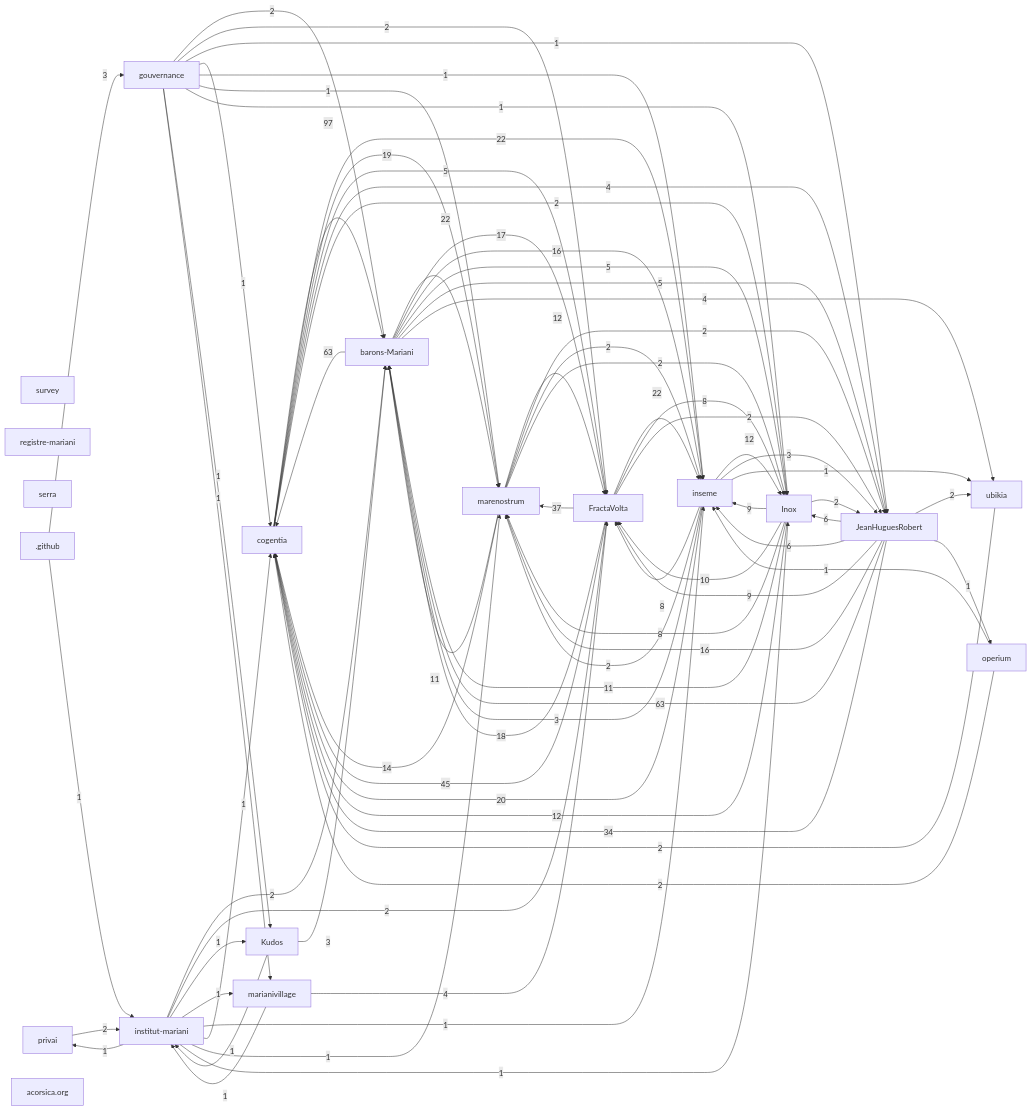
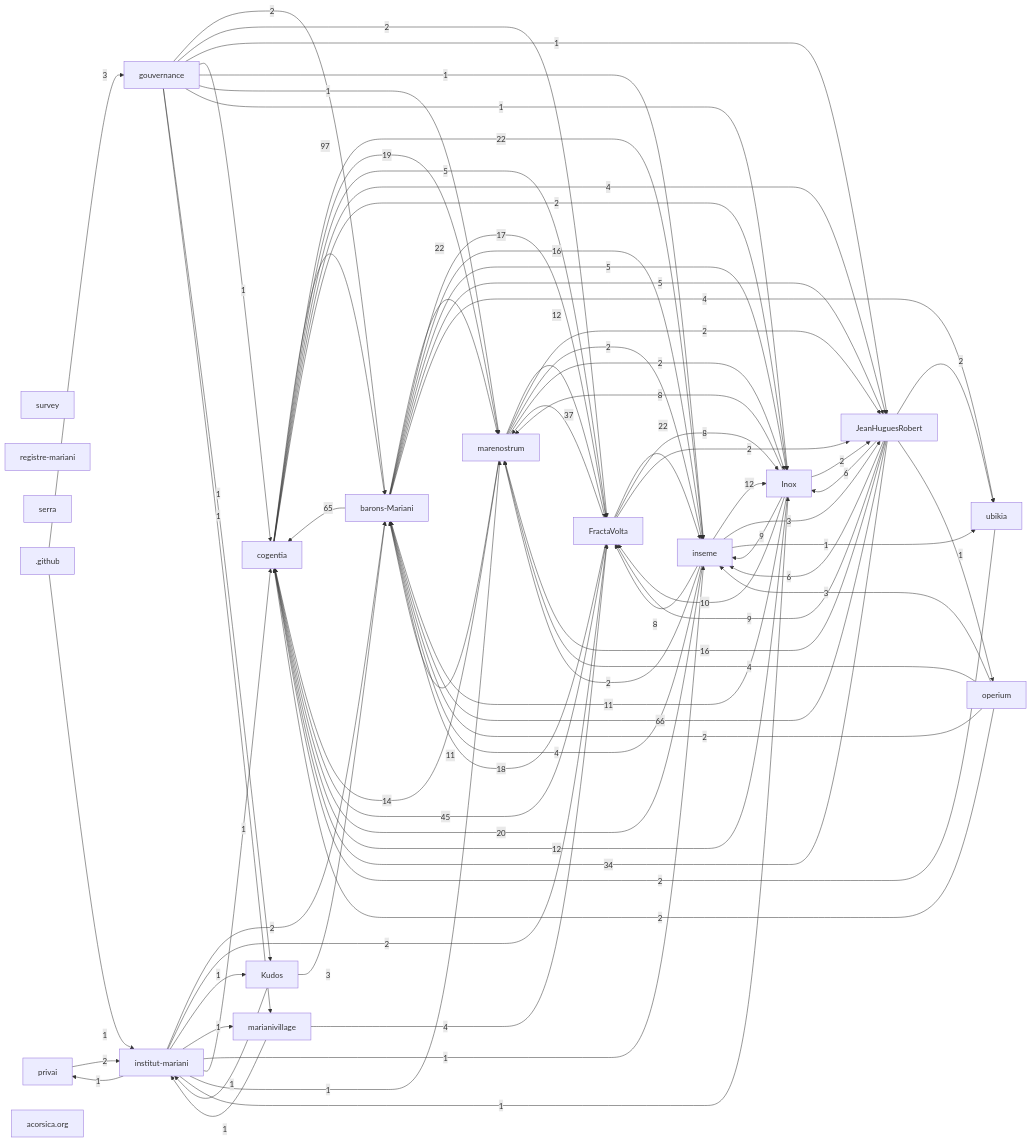
One commit to JeanHuguesRobert/ubikia changed the first of 2 diagrams in research/corpus-status.md. Above: the diagram before and after it, drawn with Mermaid. The commit also changed other lines of this file, not shown here.

````diff
--- a/research/corpus-status.md
+++ b/research/corpus-status.md
@@ -55,8 +55,8 @@
   r_github[".github"]
   r_acorsica_org["acorsica.org"]
   r_cogentia -->|97| r_barons_mariani
-  r_barons_mariani -->|63| r_cogentia
-  r_jeanhuguesrobert -->|63| r_barons_mariani
+  r_jeanhuguesrobert -->|66| r_barons_mariani
+  r_barons_mariani -->|65| r_cogentia
   r_fractavolta -->|45| r_cogentia
   r_fractavolta -->|37| r_marenostrum
   r_jeanhuguesrobert -->|34| r_cogentia
@@ -88,11 +88,13 @@
   r_cogentia -->|5| r_fractavolta
   r_barons_mariani -->|4| r_ubikia
   r_cogentia -->|4| r_jeanhuguesrobert
+  r_inseme -->|4| r_barons_mariani
   r_marianivillage -->|4| r_fractavolta
+  r_operium -->|4| r_marenostrum
   r_github -->|3| r_gouvernance
-  r_inseme -->|3| r_barons_mariani
   r_inseme -->|3| r_jeanhuguesrobert
   r_kudos -->|3| r_barons_mariani
+  r_operium -->|3| r_inseme
   r_cogentia -->|2| r_inox
   r_fractavolta -->|2| r_jeanhuguesrobert
   r_gouvernance -->|2| r_barons_mariani
@@ -106,6 +108,7 @@
   r_marenostrum -->|2| r_inseme
   r_marenostrum -->|2| r_inox
   r_operium -->|2| r_cogentia
+  r_operium -->|2| r_barons_mariani
   r_privai -->|2| r_institut_mariani
   r_ubikia -->|2| r_cogentia
   r_github -->|1| r_institut_mariani
@@ -127,5 +130,4 @@
   r_jeanhuguesrobert -->|1| r_operium
   r_kudos -->|1| r_institut_mariani
   r_marianivillage -->|1| r_institut_mariani
-  r_operium -->|1| r_inseme
 ```
````
